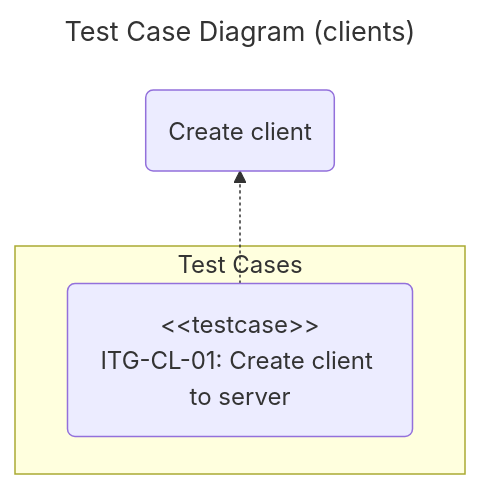
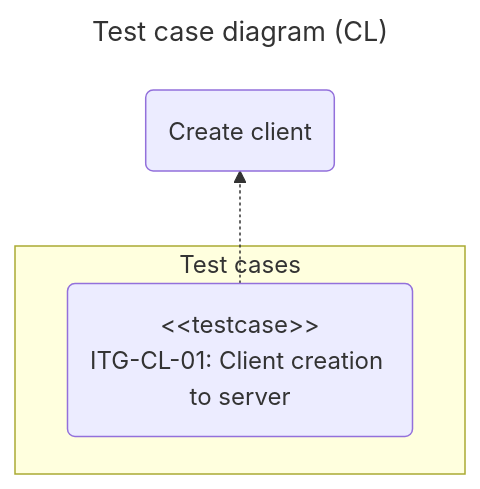
One commit to chromiodev/chromie-tool changed the first of 4 diagrams in docs/spec/tests/integration.en.md. Above: the diagram before and after it, drawn with Mermaid. The commit also changed other lines of this file and 25 other files, not shown here.

````diff
--- a/docs/spec/tests/integration.en.md
+++ b/docs/spec/tests/integration.en.md
@@ -48,16 +48,16 @@
 ```mermaid
 ---
-title: Test Case Diagram (clients)
+title: Test case diagram (CL)
 config:
 ---
 
 graph BT
   %% use cases
   createClient@{ shape: "rounded", label: "Create client" }
 
-  subgraph "Test Cases"
-    createServerClient@{ shape: "rounded", label: "#lt;#lt;testcase>><br>ITG-CL-01: Create client to server" }
+  subgraph "Test cases"
+    createServerClient@{ shape: "rounded", label: "#lt;#lt;testcase>><br>ITG-CL-01: Client creation to server" }
   end
 
   createServerClient -.-> createClient
 ```
````
